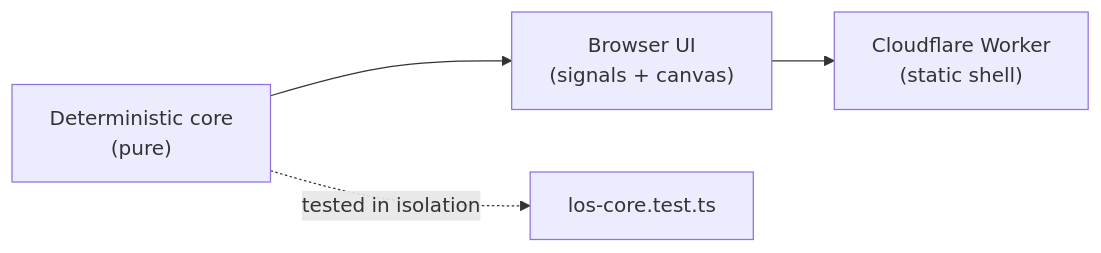
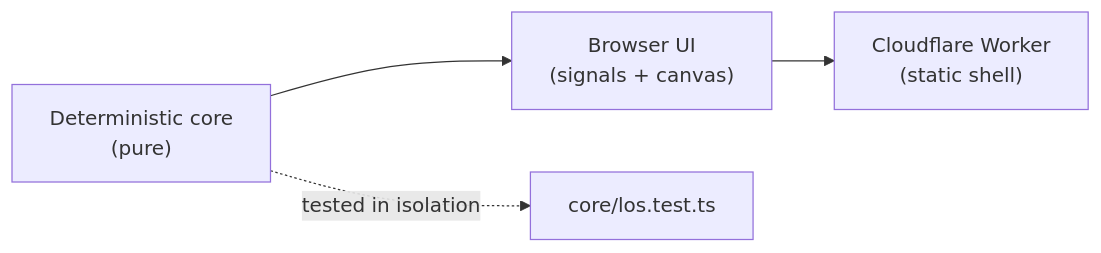
The first of 3 diagrams in docs/PATTERNS.md (rgilks/line-of-sight), drawn with Mermaid before and after one commit. The commit also changed other lines of this file and 8 other files, not shown here.

````diff
--- a/docs/PATTERNS.md
+++ b/docs/PATTERNS.md
@@ -7,6 +7,6 @@
 ```mermaid
 flowchart LR
   Core["Deterministic core<br/>(pure)"] --> UI["Browser UI<br/>(signals + canvas)"]
   UI --> Worker["Cloudflare Worker<br/>(static shell)"]
-  Core -. "tested in isolation" .-> Tests["los-core.test.ts"]
+  Core -. "tested in isolation" .-> Tests["core/los.test.ts"]
 ```
````
